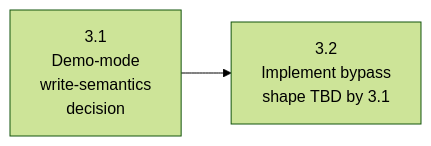
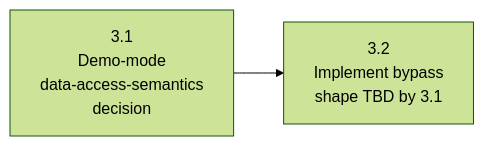
Before and after one commit to kcrobinson-1/neighborly-events: the diagram in docs/plans/epics/demo-expansion/m3-demo-mode-auth-bypass.md, drawn with Mermaid (forest theme). The commit also changed other lines of this file and 1 other file, not shown here.

````diff
--- a/docs/plans/epics/demo-expansion/m3-demo-mode-auth-bypass.md
+++ b/docs/plans/epics/demo-expansion/m3-demo-mode-auth-bypass.md
@@ -154,7 +170,7 @@
 ```mermaid
 flowchart LR
-    P31[3.1<br/>Demo-mode<br/>write-semantics<br/>decision]
+    P31[3.1<br/>Demo-mode<br/>data-access-semantics<br/>decision]
     P32[3.2<br/>Implement bypass<br/>shape TBD by 3.1]
 
     P31 --> P32
 ```
````
